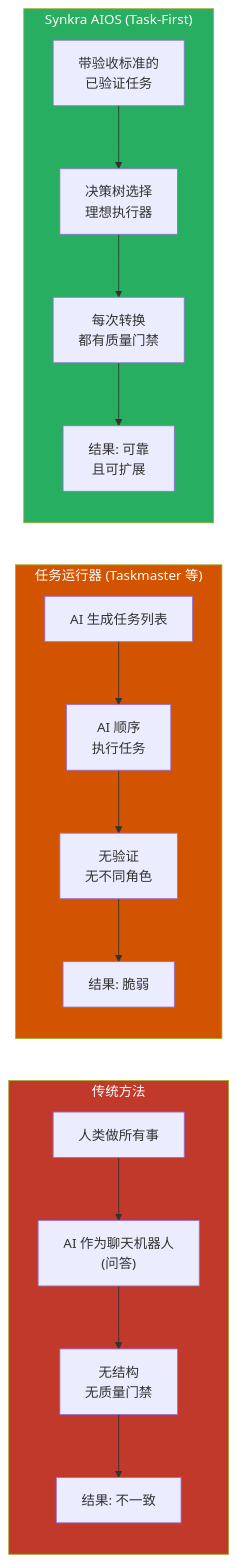
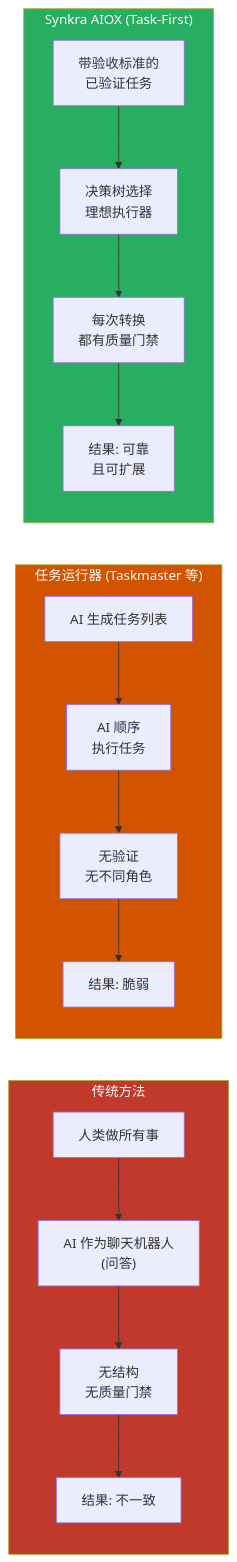
Diagram 12 of 12 in docs/zh/architecture/AIOX-VISUAL-OVERVIEW.md (henriquetj159/henriquetj), drawn with Mermaid before and after one commit. The commit also changed other lines of this file and 2056 other files, not shown here.

First line of the commit message:
chore: update aios→aiox references in file contents

````diff
--- a/docs/zh/architecture/AIOX-VISUAL-OVERVIEW.md
+++ b/docs/zh/architecture/AIOX-VISUAL-OVERVIEW.md
@@ -527,27 +527,27 @@
 ```mermaid
 flowchart LR
     subgraph TRAD["传统方法"]
         direction TB
         T1["人类做所有事"] --> T2["AI 作为聊天机器人<br/>(问答)"]
         T2 --> T3["无结构<br/>无质量门禁"]
         T3 --> T4["结果: 不一致"]
     end
 
     subgraph TASKMASTER["任务运行器 (Taskmaster 等)"]
         direction TB
         TM1["AI 生成任务列表"] --> TM2["AI 顺序<br/>执行任务"]
         TM2 --> TM3["无验证<br/>无不同角色"]
         TM3 --> TM4["结果: 脆弱"]
     end
 
-    subgraph AIOS_WAY["Synkra AIOS (Task-First)"]
+    subgraph AIOX_WAY["Synkra AIOX (Task-First)"]
         direction TB
         A1["带验收标准的<br/>已验证任务"] --> A2["决策树选择<br/>理想执行器"]
         A2 --> A3["每次转换<br/>都有质量门禁"]
         A3 --> A4["结果: 可靠<br/>且可扩展"]
     end
 
     style TRAD fill:#c0392b,color:#fff
     style TASKMASTER fill:#d35400,color:#fff
-    style AIOS_WAY fill:#27ae60,color:#fff
+    style AIOX_WAY fill:#27ae60,color:#fff
 ```
````
